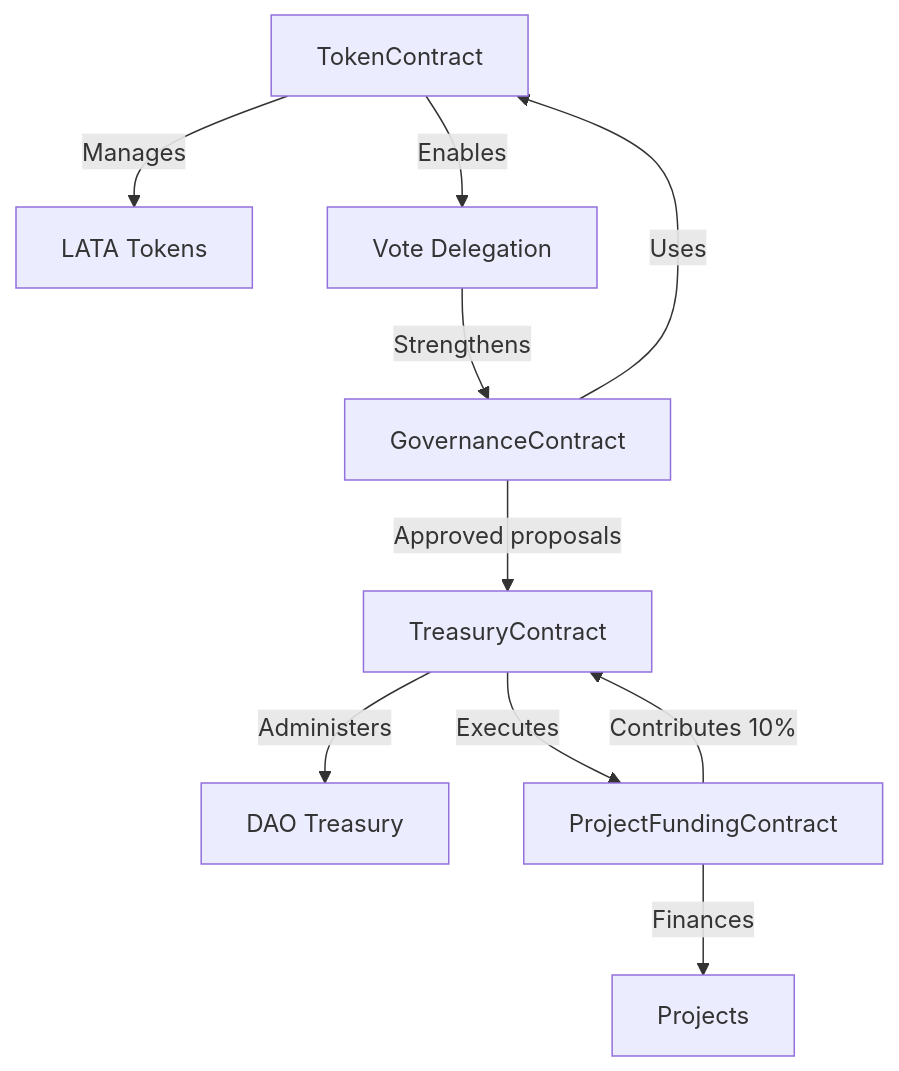
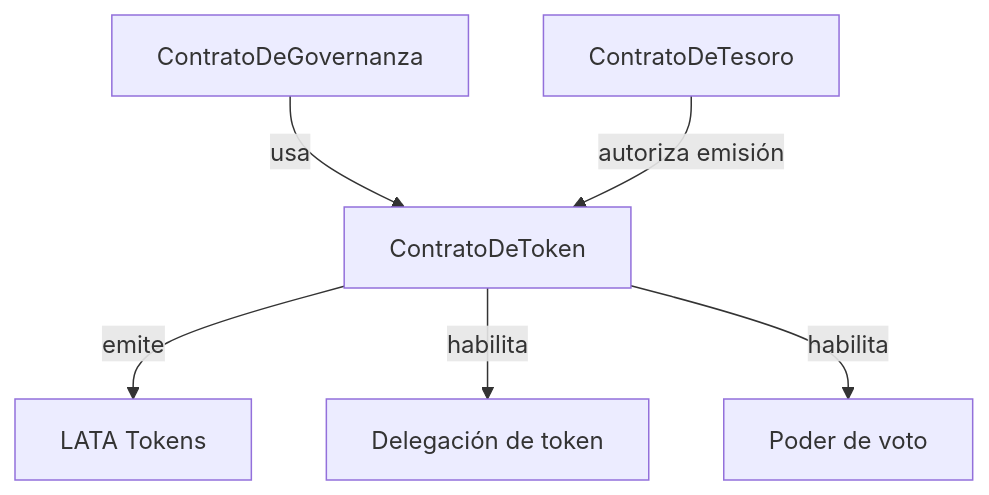
Before and after one commit to eth-ecuador/eth-ecuador-dao: the first of 4 diagrams in YellowPaper.md, drawn with Mermaid. The commit also changed other lines of this file, not shown here.

````diff
--- a/YellowPaper.md
+++ b/YellowPaper.md
@@ -51,12 +49,8 @@
 ```mermaid
 flowchart TB
-    A[TokenContract] -->|Manages| B[LATA Tokens]
-    A -->|Enables| H[Vote Delegation]
-    C[GovernanceContract] -->|Uses| A
-    D[TreasuryContract] -->|Administers| E[DAO Treasury]
-    F[ProjectFundingContract] -->|Finances| G[Projects]
-    F -->|Contributes 10%| D
-    C -->|Approved proposals| D
-    D -->|Executes| F
-    H -->|Strengthens| C
+    A[ContratoDeToken] -->|emite| B[LATA Tokens]
+    A -->|habilita| H[Delegación de token]
+    A -->|habilita| F[Poder de voto]
+    C[ContratoDeGovernanza] -->|usa| A
+    D[ContratoDeTesoro] -->|autoriza emisión| A
 ```
````
